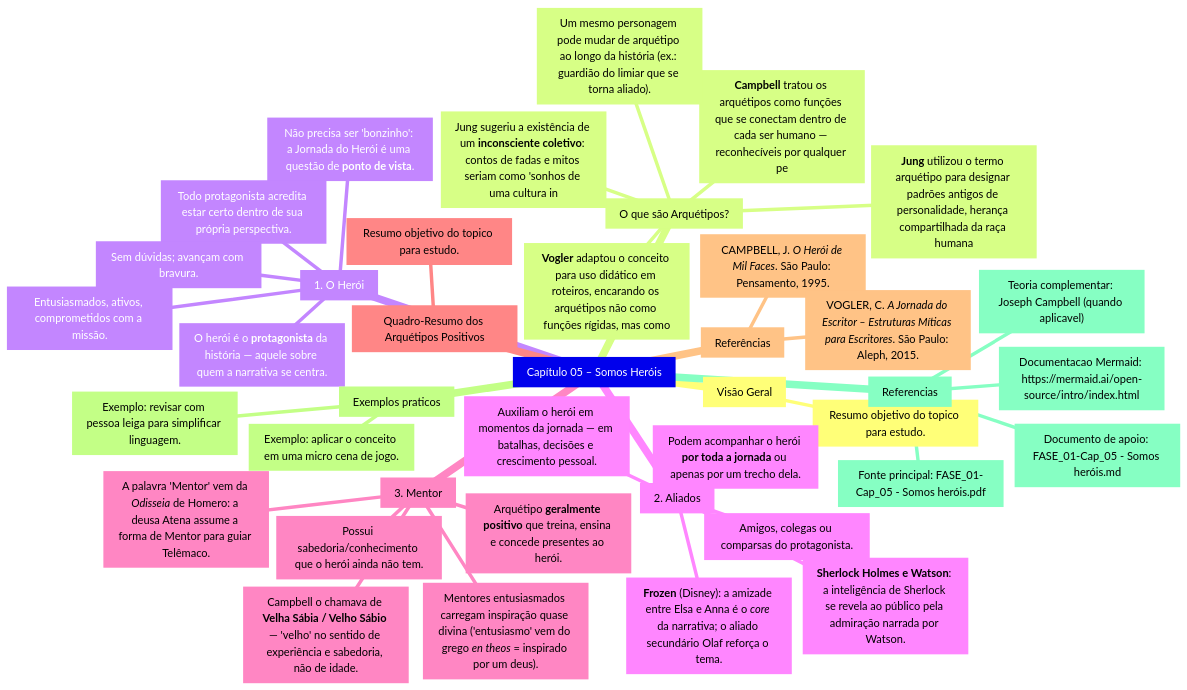
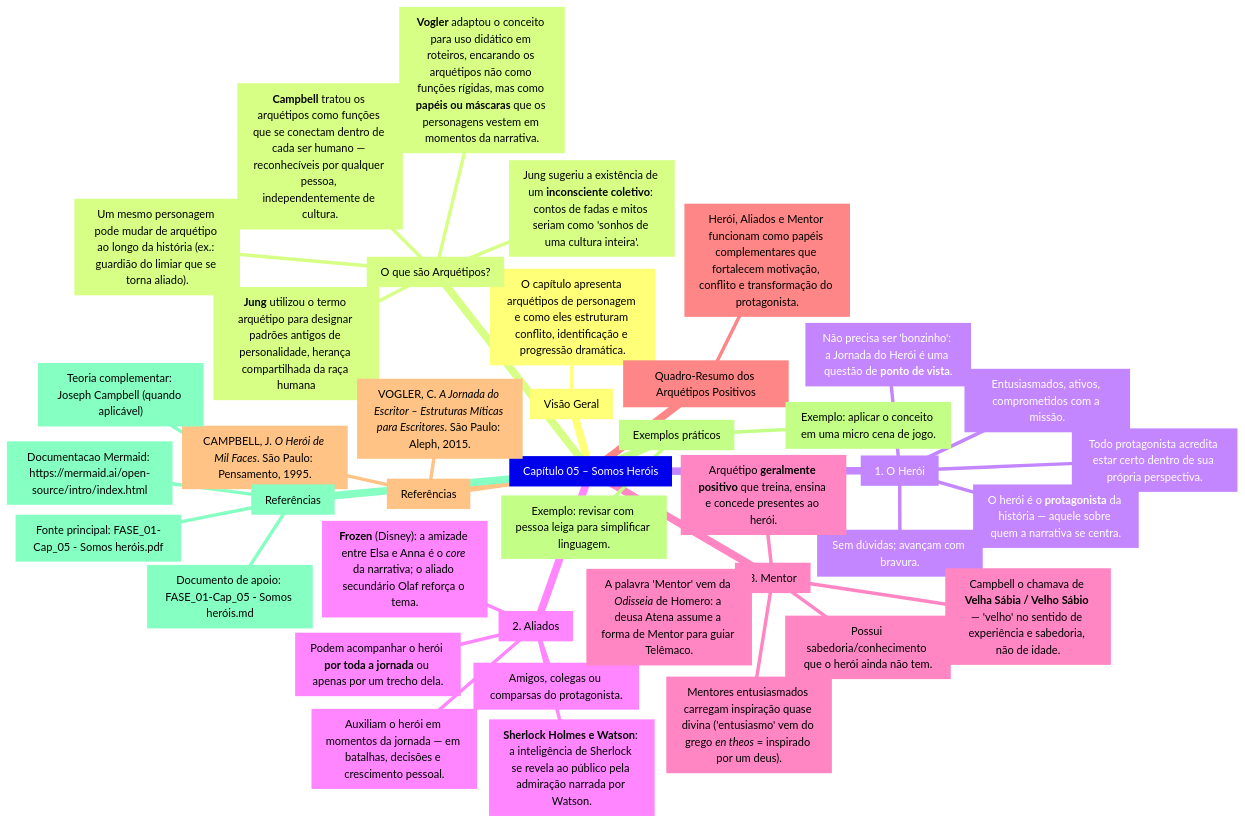
One commit to HillGnur/gdv-estudos changed the diagram in FASE01/FASE_01-Cap_05 - Somos heróis.mmd. Above: the diagram before and after it, drawn with Mermaid. The commit also changed other lines of this file and 25 other files, not shown here.

```diff
--- a/FASE01/FASE_01-Cap_05 - Somos heróis.mmd
+++ b/FASE01/FASE_01-Cap_05 - Somos heróis.mmd
@@ -1,41 +1,41 @@
 mindmap
   root["Capítulo 05 – Somos Heróis"]
     s1["Visão Geral"]
-      s1_1["Resumo objetivo do topico para estudo."]
+      s1_1["O capítulo apresenta arquétipos de personagem e como eles estruturam conflito, identificação e progressão dramática."]
     s2["O que são Arquétipos?"]
       s2_1["**Jung** utilizou o termo arquétipo para designar padrões antigos de personalidade, herança compartilhada da raça humana"]
-      s2_2["Jung sugeriu a existência de um **inconsciente coletivo**: contos de fadas e mitos seriam como 'sonhos de uma cultura in"]
-      s2_3["**Campbell** tratou os arquétipos como funções que se conectam dentro de cada ser humano — reconhecíveis por qualquer pe"]
-      s2_4["**Vogler** adaptou o conceito para uso didático em roteiros, encarando os arquétipos não como funções rígidas, mas como"]
+      s2_2["Jung sugeriu a existência de um **inconsciente coletivo**: contos de fadas e mitos seriam como 'sonhos de uma cultura inteira'."]
+      s2_3["**Campbell** tratou os arquétipos como funções que se conectam dentro de cada ser humano — reconhecíveis por qualquer pessoa, independentemente de cultura."]
+      s2_4["**Vogler** adaptou o conceito para uso didático em roteiros, encarando os arquétipos não como funções rígidas, mas como **papéis ou máscaras** que os personagens vestem em momentos da narrativa."]
       s2_5["Um mesmo personagem pode mudar de arquétipo ao longo da história (ex.: guardião do limiar que se torna aliado)."]
     s3["1. O Herói"]
       s3_1["O herói é o **protagonista** da história — aquele sobre quem a narrativa se centra."]
       s3_2["Não precisa ser 'bonzinho': a Jornada do Herói é uma questão de **ponto de vista**."]
       s3_3["Todo protagonista acredita estar certo dentro de sua própria perspectiva."]
       s3_4["Entusiasmados, ativos, comprometidos com a missão."]
       s3_5["Sem dúvidas; avançam com bravura."]
     s4["2. Aliados"]
       s4_1["Amigos, colegas ou comparsas do protagonista."]
       s4_2["Auxiliam o herói em momentos da jornada — em batalhas, decisões e crescimento pessoal."]
       s4_3["Podem acompanhar o herói **por toda a jornada** ou apenas por um trecho dela."]
       s4_4["**Frozen** (Disney): a amizade entre Elsa e Anna é o *core* da narrativa; o aliado secundário Olaf reforça o tema."]
       s4_5["**Sherlock Holmes e Watson**: a inteligência de Sherlock se revela ao público pela admiração narrada por Watson."]
     s5["3. Mentor"]
       s5_1["Arquétipo **geralmente positivo** que treina, ensina e concede presentes ao herói."]
       s5_2["Campbell o chamava de **Velha Sábia / Velho Sábio** — 'velho' no sentido de experiência e sabedoria, não de idade."]
       s5_3["A palavra 'Mentor' vem da *Odisseia* de Homero: a deusa Atena assume a forma de Mentor para guiar Telêmaco."]
       s5_4["Mentores entusiasmados carregam inspiração quase divina ('entusiasmo' vem do grego *en theos* = inspirado por um deus)."]
       s5_5["Possui sabedoria/conhecimento que o herói ainda não tem."]
     s6["Quadro-Resumo dos Arquétipos Positivos"]
-      s6_1["Resumo objetivo do topico para estudo."]
+      s6_1["Herói, Aliados e Mentor funcionam como papéis complementares que fortalecem motivação, conflito e transformação do protagonista."]
     s7["Referências"]
       s7_1["CAMPBELL, J. *O Herói de Mil Faces*. São Paulo: Pensamento, 1995."]
       s7_2["VOGLER, C. *A Jornada do Escritor – Estruturas Míticas para Escritores*. São Paulo: Aleph, 2015."]
-    exemplos["Exemplos praticos"]
+    exemplos["Exemplos práticos"]
       ex1["Exemplo: aplicar o conceito em uma micro cena de jogo."]
       ex2["Exemplo: revisar com pessoa leiga para simplificar linguagem."]
-    refs["Referencias"]
+    refs["Referências"]
       ref1["Fonte principal: FASE_01-Cap_05 - Somos heróis.pdf"]
       ref2["Documento de apoio: FASE_01-Cap_05 - Somos heróis.md"]
-      ref3["Teoria complementar: Joseph Campbell (quando aplicavel)"]
+      ref3["Teoria complementar: Joseph Campbell (quando aplicável)"]
       ref4["Documentacao Mermaid: https://mermaid.ai/open-source/intro/index.html"]
```
